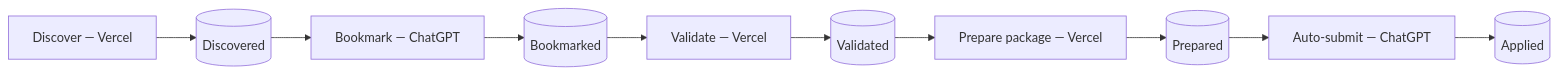
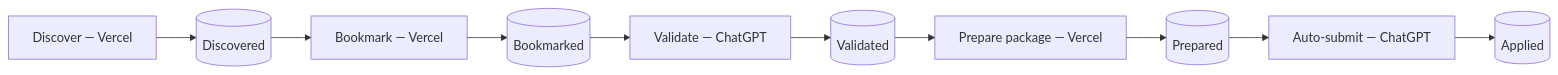
The third of 3 diagrams in docs/architecture.md (assafep/ai-job-search-system), drawn with Mermaid before and after one commit. The commit also changed other lines of this file, not shown here.

Commit message:
Update requested execution split to ChatGPT validation and submission

````diff
--- a/docs/architecture.md
+++ b/docs/architecture.md
@@ -171,12 +171,12 @@
 ```mermaid
 flowchart LR
     DISCOVER[Discover — Vercel] --> Q1[(Discovered)]
-    Q1 --> BOOKMARK[Bookmark — ChatGPT]
+    Q1 --> BOOKMARK[Bookmark — Vercel]
     BOOKMARK --> Q2[(Bookmarked)]
-    Q2 --> VALIDATE[Validate — Vercel]
+    Q2 --> VALIDATE[Validate — ChatGPT]
     VALIDATE --> Q3[(Validated)]
     Q3 --> PREPARE[Prepare package — Vercel]
     PREPARE --> Q4[(Prepared)]
     Q4 --> SUBMIT[Auto-submit — ChatGPT]
     SUBMIT --> Q5[(Applied)]
 ```
````
